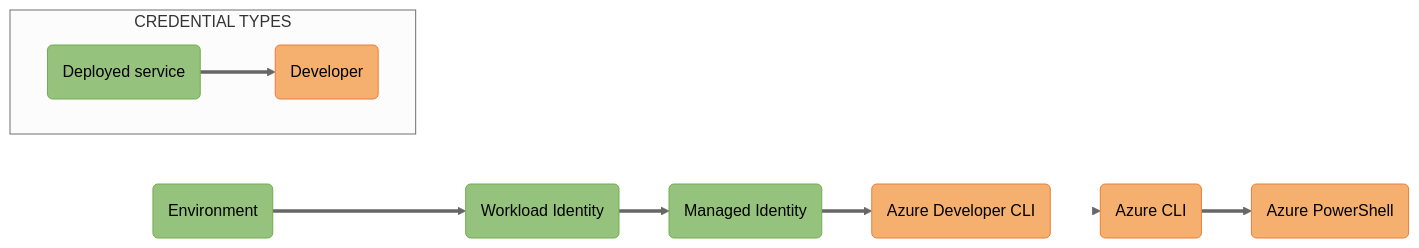
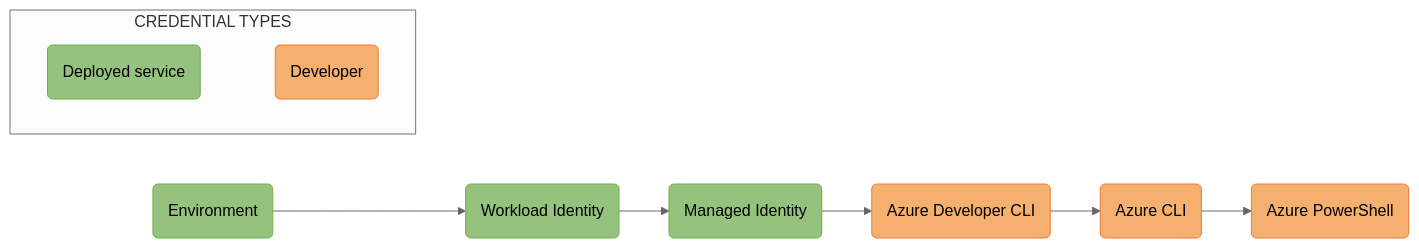
The diagram in sdk/identity/identity/images/mermaidjs/DefaultAzureCredentialAuthFlow.md (Azure/azure-sdk-for-js), drawn with Mermaid (neutral theme) before and after one commit. The commit also changed 1 other file, not shown here.

Commit message:
Update DefaultAzureCredential flow diagram

````diff
--- a/sdk/identity/identity/images/mermaidjs/DefaultAzureCredentialAuthFlow.md
+++ b/sdk/identity/identity/images/mermaidjs/DefaultAzureCredentialAuthFlow.md
@@ -1,28 +1,27 @@
 ```mermaid
 %% STEPS TO GENERATE IMAGE
 %% =======================
 %% 1. Install mermaid CLI (see https://github.com/mermaid-js/mermaid-cli/blob/master/README.md)
-%%    v8.14.0 is known good for our process. npm install -g @mermaid-js/mermaid-cli@8.14.0
+%%    v10.0.2 is known good for our process. npm install -g @mermaid-js/mermaid-cli@10.0.2
 %% 2. Run command: mmdc -i DefaultAzureCredentialAuthFlow.md -o DefaultAzureCredentialAuthFlow.svg
 
 flowchart LR;
-    A(Environment):::deployed ==> B(Workload Identity):::deployed ==> C(Managed Identity):::deployed ==> D(Azure Developer CLI):::developer ==> E(Azure CLI):::developer ==> F(Azure PowerShell):::developer;
+    A(Environment):::deployed --> B(Workload Identity):::deployed --> C(Managed Identity):::deployed --> D(Azure Developer CLI):::developer --> E(Azure CLI):::developer --> F(Azure PowerShell):::developer;
 
     subgraph CREDENTIAL TYPES;
         direction LR;
-        Deployed(Deployed service):::deployed ==> Developer(Developer):::developer;
-
-        %% Hide links between boxes in the legend by setting width to 0. The integers after "linkStyle" represent link indices.
-        linkStyle 3 stroke-width:0px;
+        Deployed(Deployed service):::deployed ~~~ Developer(Developer):::developer;
     end;
 
     %% Define styles for credential type boxes
     classDef deployed fill:#95C37E, stroke:#71AD4C;
     classDef developer fill:#F5AF6F, stroke:#EB7C39;
 
     %% Add API ref links to credential type boxes
     click A "https://learn.microsoft.com/javascript/api/@azure/identity/environmentcredential?view=azure-node-latest" _blank;
+    click B "https://learn.microsoft.com/javascript/api/@azure/identity/workloadidentitycredential?view=azure-node-latest" _blank;
     click C "https://learn.microsoft.com/javascript/api/@azure/identity/managedidentitycredential?view=azure-node-latest" _blank;
+    click D "https://learn.microsoft.com/javascript/api/@azure/identity/azuredeveloperclicredential?view=azure-node-latest" _blank;
     click E "https://learn.microsoft.com/javascript/api/@azure/identity/azureclicredential?view=azure-node-latest" _blank;
     click F "https://learn.microsoft.com/javascript/api/@azure/identity/azurepowershellcredential?view=azure-node-latest" _blank;
 ```
````
